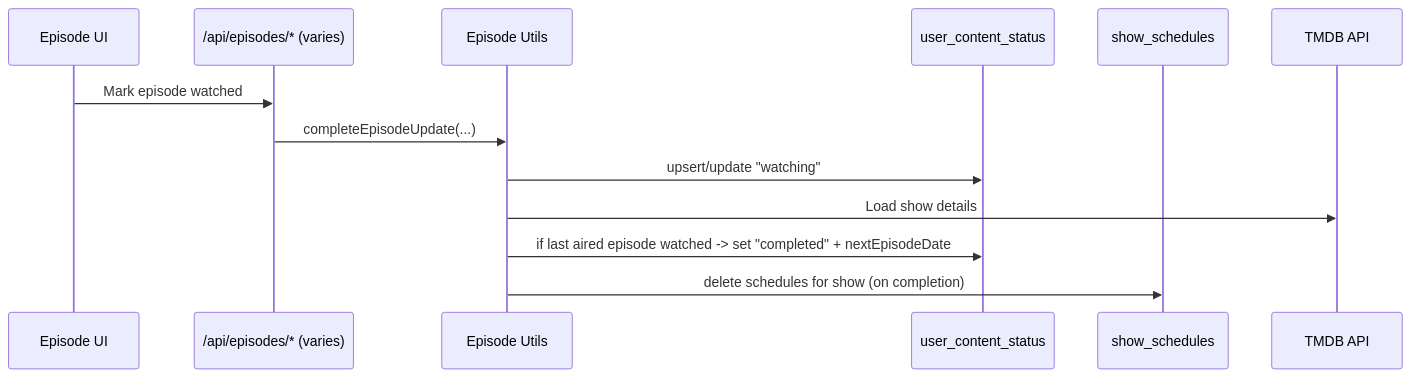
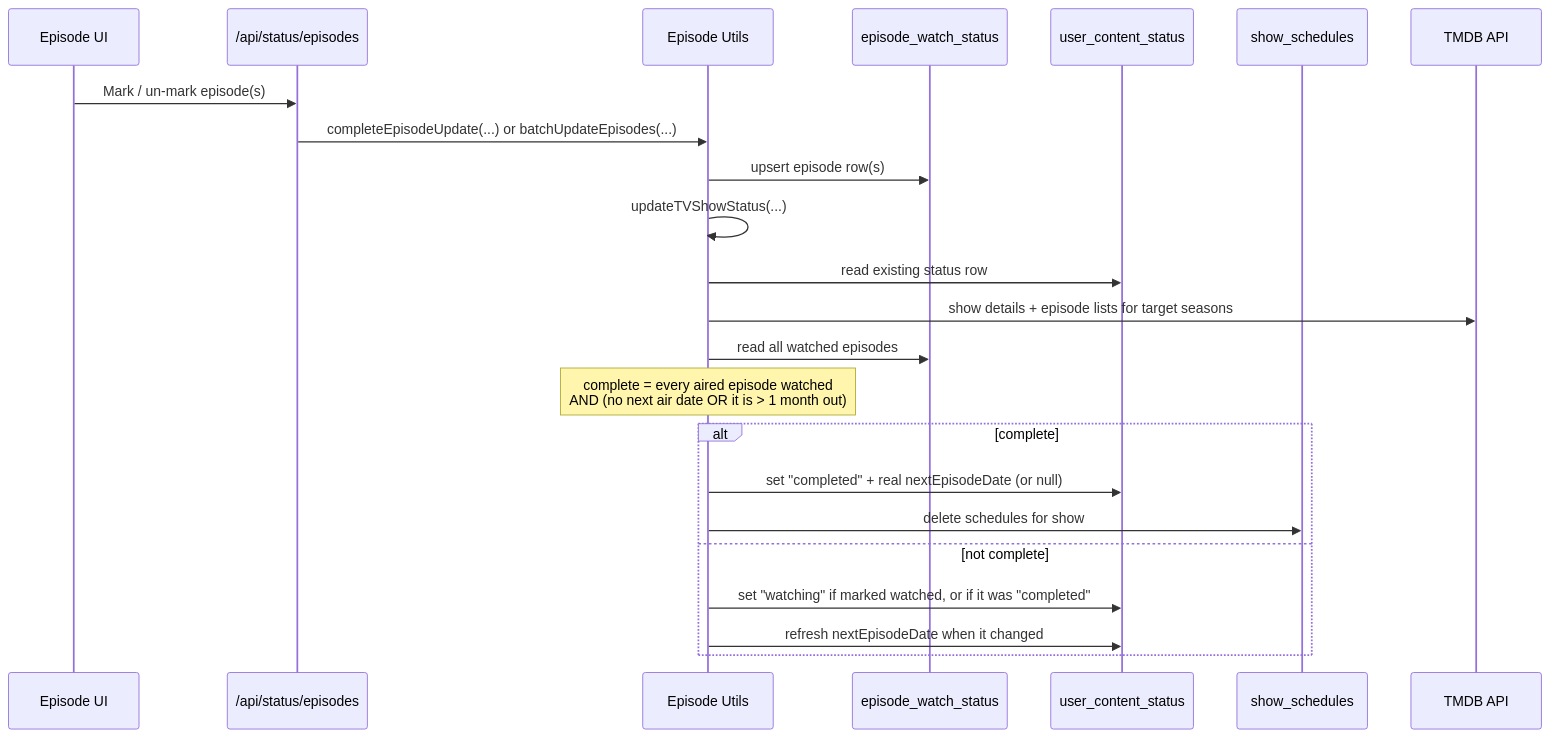
One commit to benpaulsen4/watch-this changed the second of 2 diagrams in docs/domain/content-status.md. Above: the diagram before and after it, drawn with Mermaid. The commit also changed other lines of this file and 1 other file, not shown here.

First paragraph of the commit message:
docs(episodes,content-status): document the real show-status coupling
The show-level status rules had drifted from the code on three points and
the batch path was described as something it never was.

````diff
--- a/docs/domain/content-status.md
+++ b/docs/domain/content-status.md
@@ -181,16 +188,26 @@
 ```mermaid
 sequenceDiagram
   participant UI as Episode UI
-  participant API as /api/episodes/* (varies)
+  participant API as /api/status/episodes
   participant Episodes as Episode Utils
+  participant Episodes_DB as episode_watch_status
   participant Status as user_content_status
   participant Schedules as show_schedules
   participant TMDB as TMDB API
 
-  UI->>API: Mark episode watched
-  API->>Episodes: completeEpisodeUpdate(...)
-  Episodes->>Status: upsert/update "watching"
-  Episodes->>TMDB: Load show details
-  Episodes->>Status: if last aired episode watched -> set "completed" + nextEpisodeDate
-  Episodes->>Schedules: delete schedules for show (on completion)
+  UI->>API: Mark / un-mark episode(s)
+  API->>Episodes: completeEpisodeUpdate(...) or batchUpdateEpisodes(...)
+  Episodes->>Episodes_DB: upsert episode row(s)
+  Episodes->>Episodes: updateTVShowStatus(...)
+  Episodes->>Status: read existing status row
+  Episodes->>TMDB: show details + episode lists for target seasons
+  Episodes->>Episodes_DB: read all watched episodes
+  Note over Episodes: complete = every aired episode watched<br/>AND (no next air date OR it is > 1 month out)
+  alt complete
+    Episodes->>Status: set "completed" + real nextEpisodeDate (or null)
+    Episodes->>Schedules: delete schedules for show
+  else not complete
+    Episodes->>Status: set "watching" if marked watched, or if it was "completed"
+    Episodes->>Status: refresh nextEpisodeDate when it changed
+  end
 ```
````
